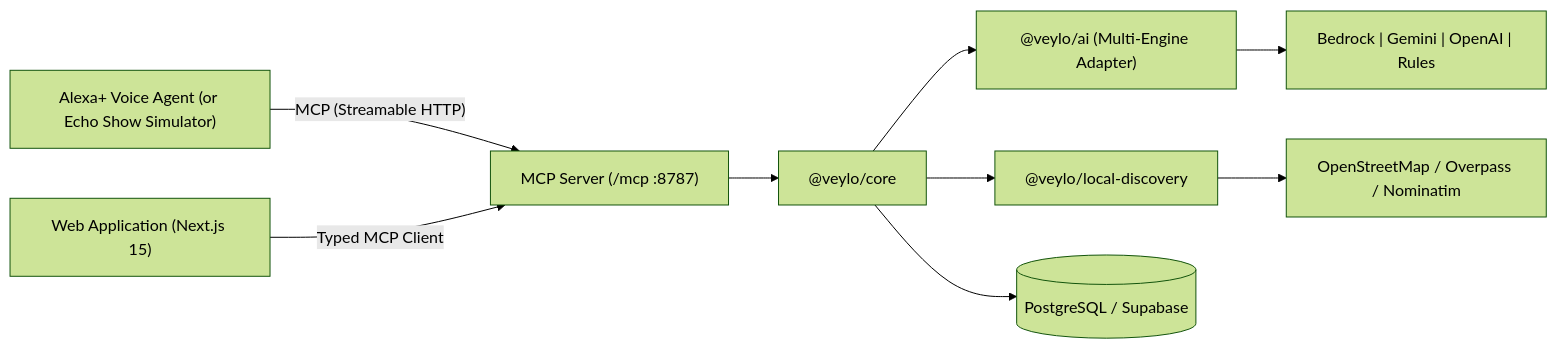
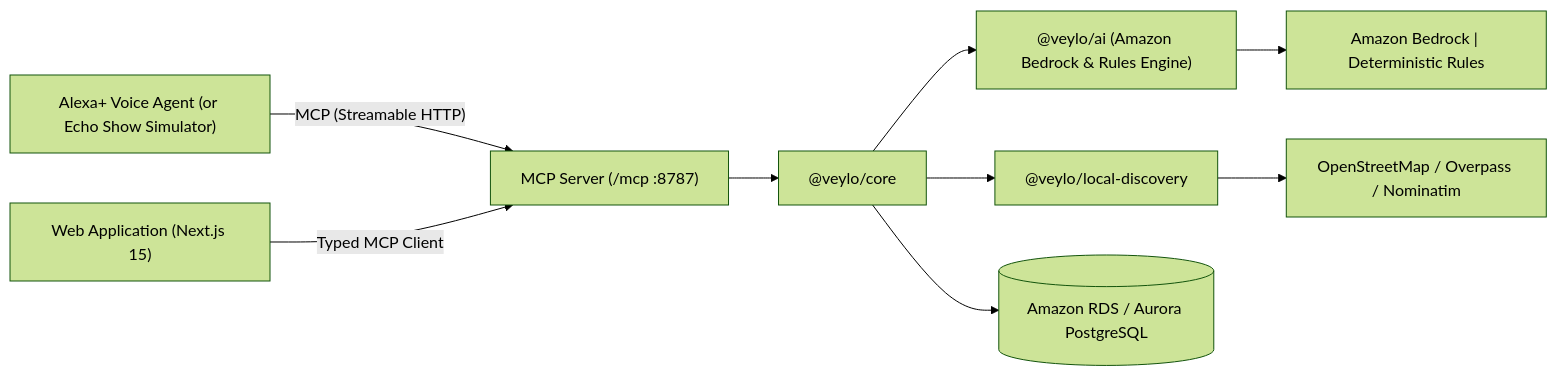
One commit to NOBA235/veylo changed the diagram in README.md. Above: the diagram before and after it, drawn with Mermaid (forest theme). The commit also changed other lines of this file and 14 other files, not shown here.

First line of the commit message:
feat(aws): migrate to pure AWS architecture with Amazon Polly, Bedrock, and RDS

````diff
--- a/README.md
+++ b/README.md
@@ -75,11 +76,11 @@
 ```mermaid
 flowchart LR
   A["Alexa+ Voice Agent (or Echo Show Simulator)"] -->|"MCP (Streamable HTTP)"| M
   W["Web Application (Next.js 15)"] -->|"Typed MCP Client"| M
   M["MCP Server (/mcp :8787)"] --> C["@veylo/core"]
-  C --> AI["@veylo/ai (Multi-Engine Adapter)"]
+  C --> AI["@veylo/ai (Amazon Bedrock & Rules Engine)"]
   C --> LD["@veylo/local-discovery"]
-  C --> DB[("PostgreSQL / Supabase")]
-  AI --> P["Bedrock | Gemini | OpenAI | Rules"]
+  C --> DB[("Amazon RDS / Aurora PostgreSQL")]
+  AI --> P["Amazon Bedrock | Deterministic Rules"]
   LD --> O["OpenStreetMap / Overpass / Nominatim"]
 ```
````
